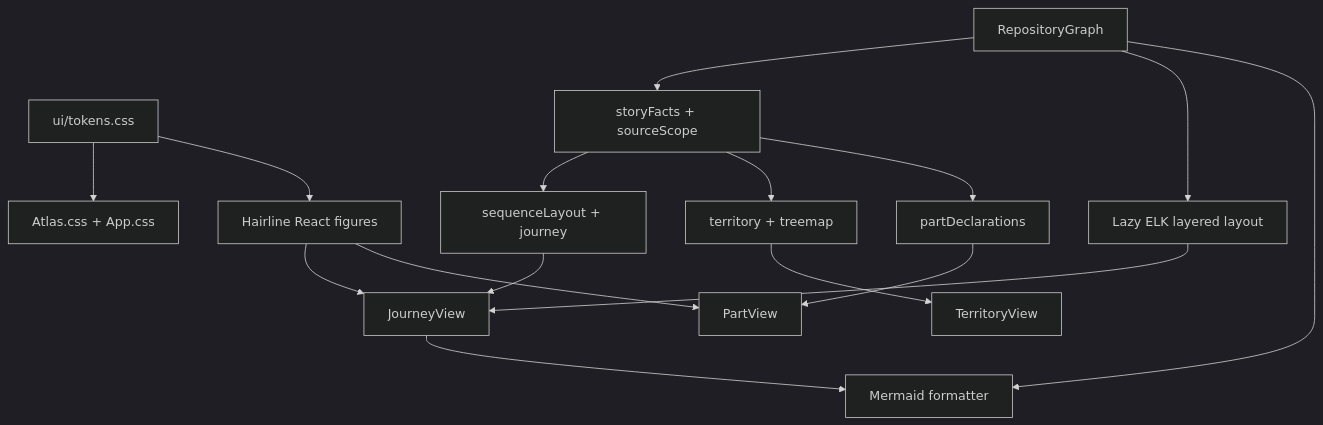
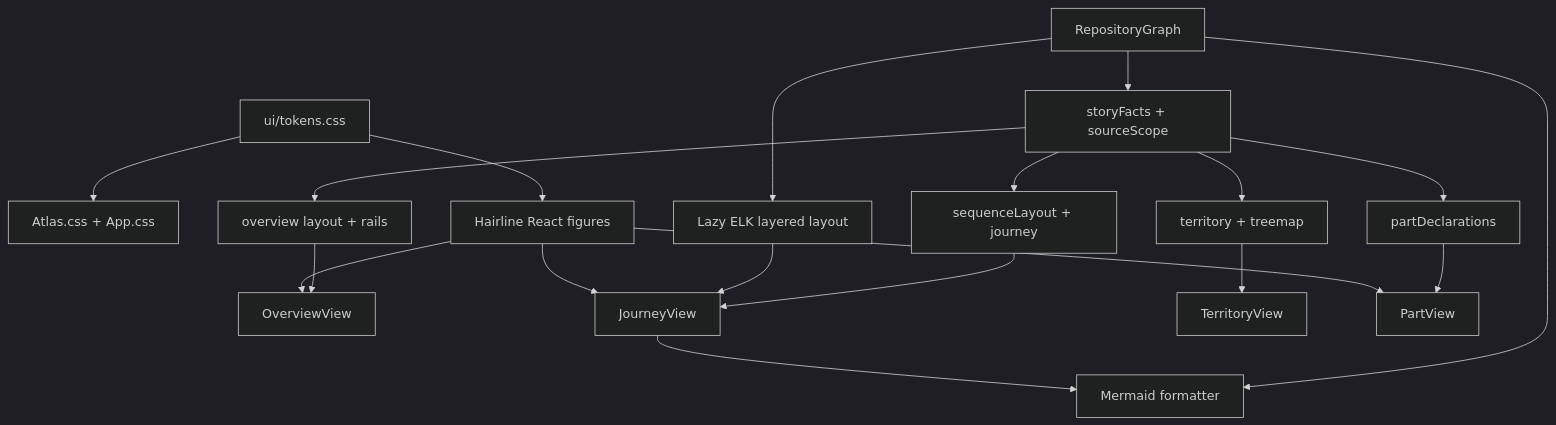
Before and after one commit to Volpestyle/codebase-atlas: the second of 2 diagrams in README.md, drawn with Mermaid (dark theme). The commit also changed other lines of this file, not shown here.

First line of the commit message:
docs: record the overview board and its quarter-turn camera

````diff
--- a/README.md
+++ b/README.md
@@ -56,18 +58,21 @@
 ```mermaid
 flowchart TD
   Tokens[ui/tokens.css] --> Shell[Atlas.css + App.css]
   Tokens --> Figures[Hairline React figures]
   Graph[RepositoryGraph] --> Facts[storyFacts + sourceScope]
   Facts --> Transit[sequenceLayout + journey]
   Facts --> Coverage[territory + treemap]
   Facts --> Declarations[partDeclarations]
+  Facts --> Board[overview layout + rails]
+  Board --> OverviewView
+  Figures --> OverviewView
   Transit --> Journey[JourneyView]
   Graph --> Network[Lazy ELK layered layout]
   Network --> Journey
   Graph --> Export[Mermaid formatter]
   Journey --> Export
   Coverage --> Territory[TerritoryView]
   Declarations --> Part[PartView]
   Figures --> Journey
   Figures --> Part
 ```
````
